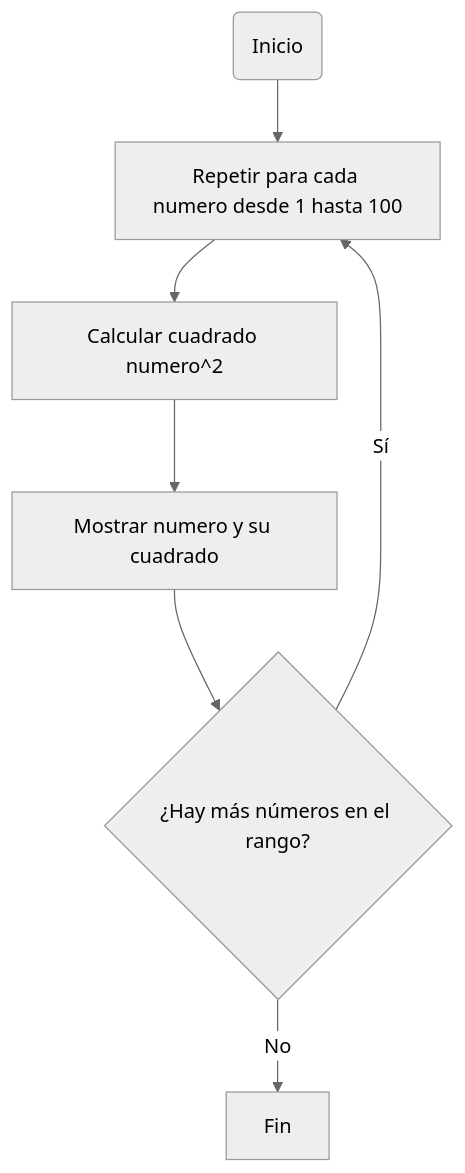
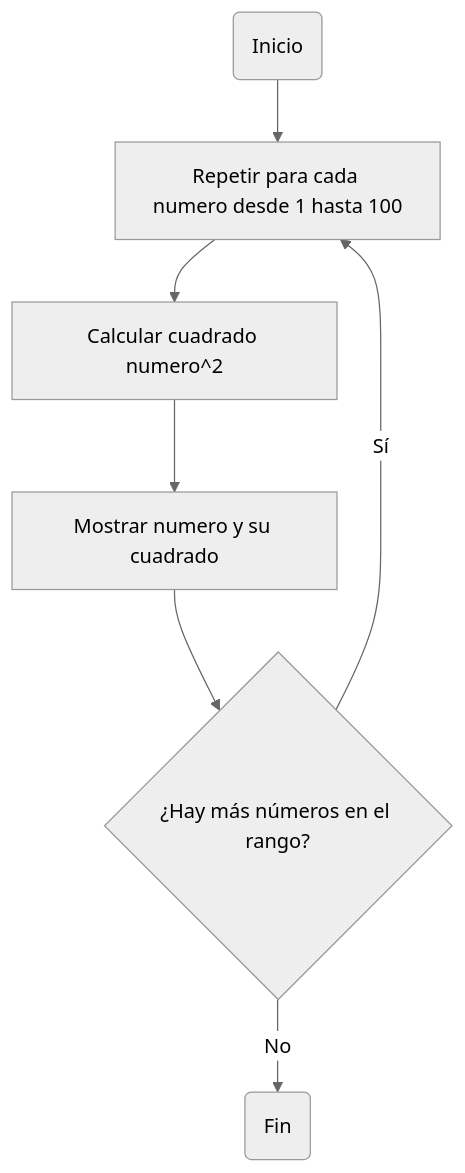
Before and after one commit to 11ZaidaG11/Reto-No.6: the first of 4 diagrams in README.md, drawn with Mermaid (neutral theme). The commit also changed other lines of this file, not shown here.

````diff
--- a/README.md
+++ b/README.md
@@ -4,9 +4,9 @@
 ```mermaid
 flowchart TD
     A(Inicio) --> B[Repetir para cada numero desde 1 hasta 100]
     B --> C[Calcular cuadrado numero^2]
     C --> D[Mostrar numero y su cuadrado]
     D --> E{¿Hay más números en el rango?}
     E -->|Sí| B
-    E -->|No| F[Fin]
+    E -->|No| F(Fin)
 ```
````
